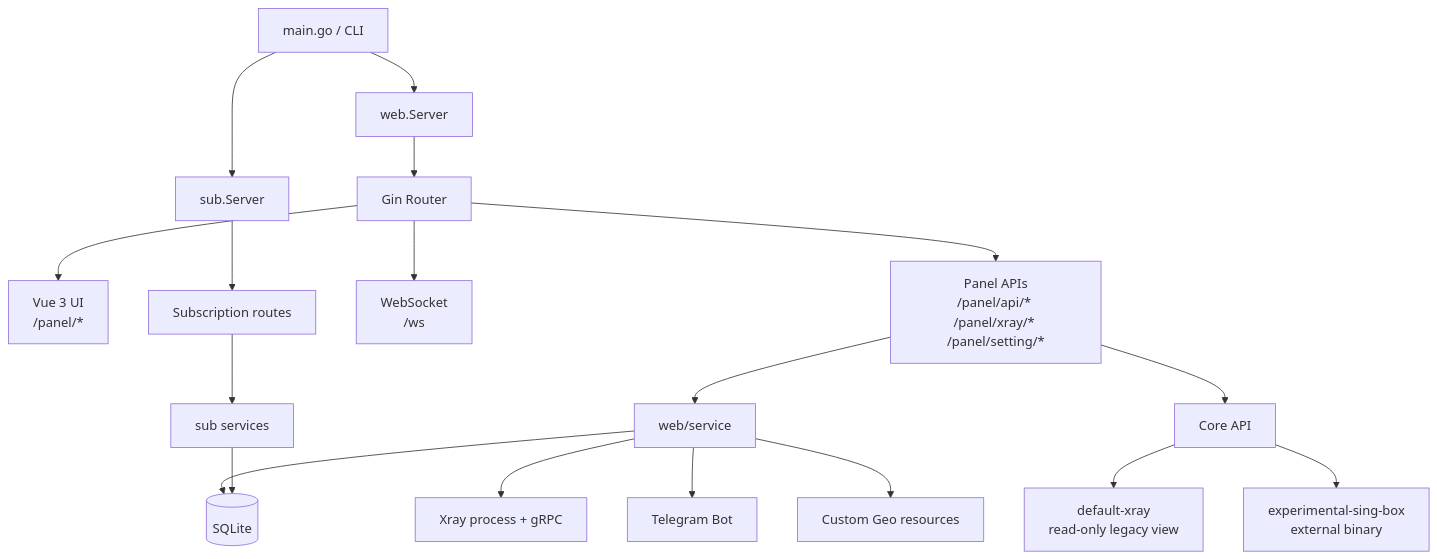
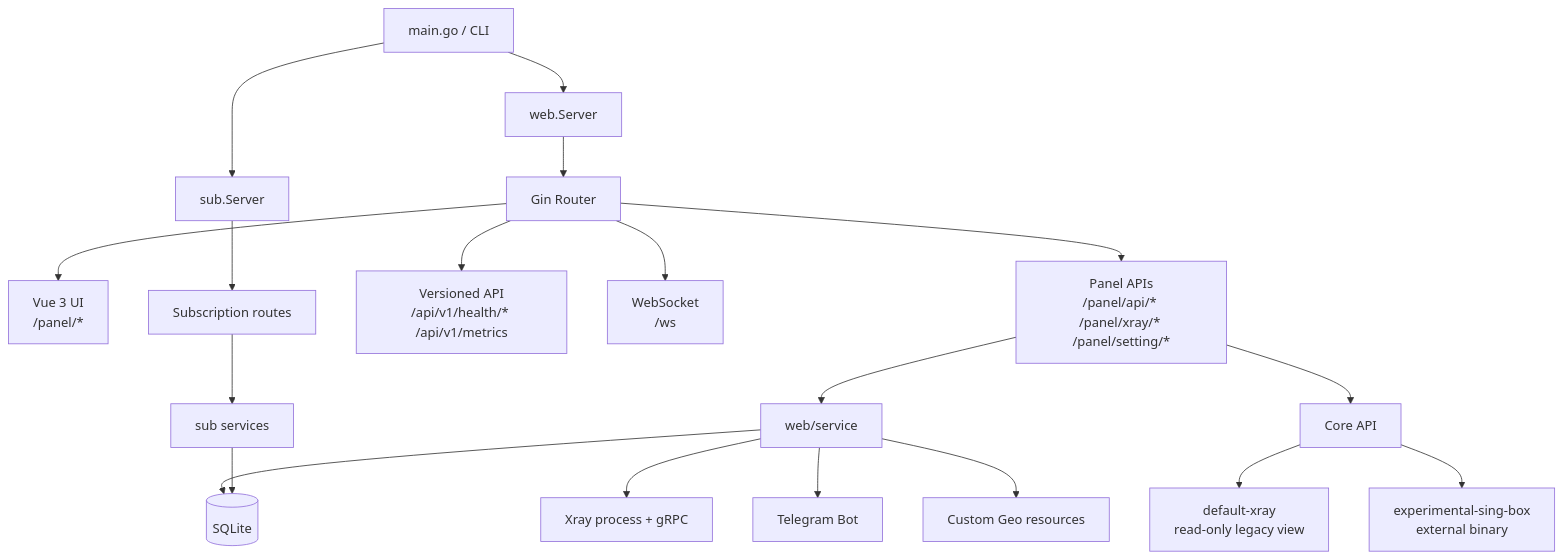
One commit to superaddmin/SuperXray-gui changed the first of 5 diagrams in docs/architecture.md. Above: the diagram before and after it, drawn with Mermaid. The commit also changed other lines of this file and 26 other files, not shown here.

````diff
--- a/docs/architecture.md
+++ b/docs/architecture.md
@@ -38,24 +40,25 @@
 ```mermaid
 flowchart TB
     CLI[main.go / CLI] --> WEB[web.Server]
     CLI --> SUB[sub.Server]
 
     WEB --> ROUTER[Gin Router]
     ROUTER --> NEWUI[Vue 3 UI<br/>/panel/*]
     ROUTER --> API[Panel APIs<br/>/panel/api/* /panel/xray/* /panel/setting/*]
+    ROUTER --> V1[Versioned API<br/>/api/v1/health/* /api/v1/metrics]
     ROUTER --> WS[WebSocket<br/>/ws]
 
     API --> SVC[web/service]
     API --> CORES[Core API]
     CORES --> DEFAULTX[default-xray<br/>read-only legacy view]
     CORES --> SINGBOX[experimental-sing-box<br/>external binary]
 
     SVC --> DB[(SQLite)]
     SVC --> XRAY[Xray process + gRPC]
     SVC --> TG[Telegram Bot]
     SVC --> GEO[Custom Geo resources]
 
     SUB --> SUBROUTES[Subscription routes]
     SUBROUTES --> SUBSVC[sub services]
     SUBSVC --> DB
 ```
````
